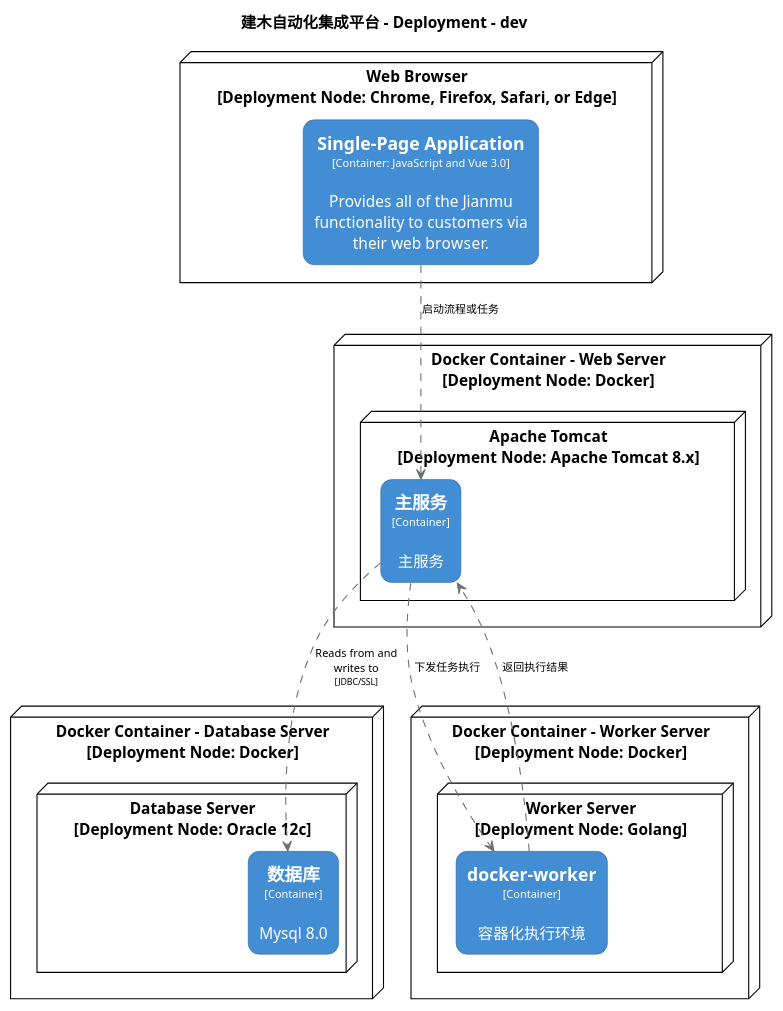
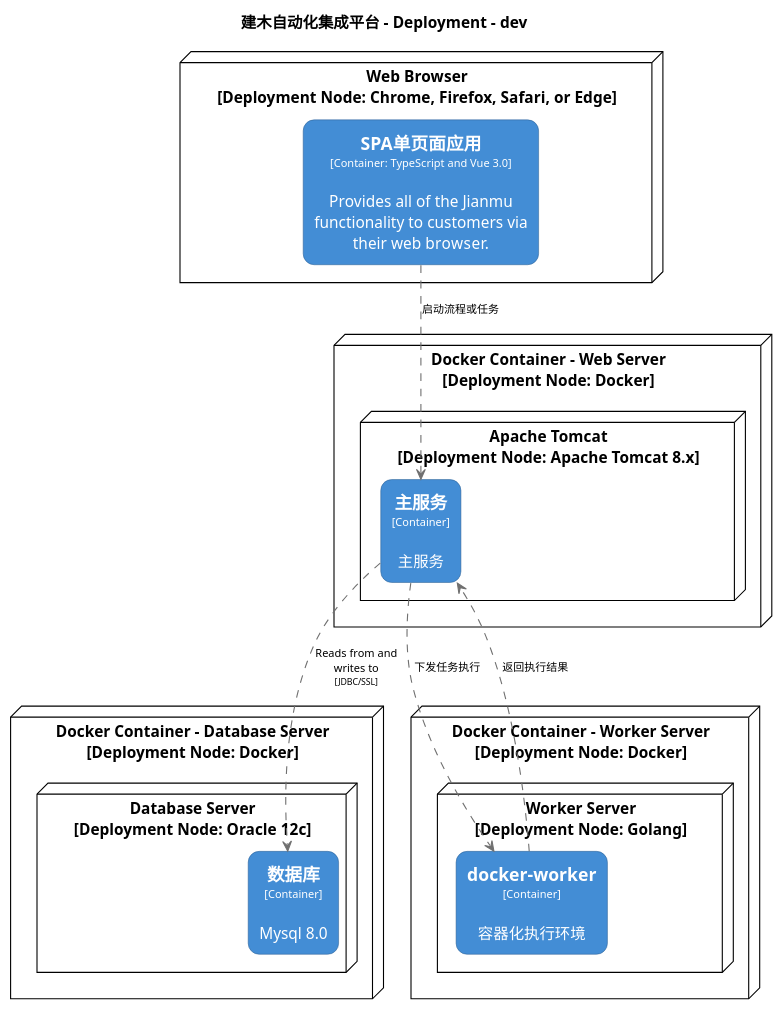
One commit to jianmu-dev/jianmu-architecture-as-code changed the diagram in c4/structurizr-DevelopmentDeployment.puml. Above: the diagram before and after it, drawn with PlantUML. The commit also changed 6 other files, not shown here.

```diff
--- a/c4/structurizr-DevelopmentDeployment.puml
+++ b/c4/structurizr-DevelopmentDeployment.puml
@@ -1,101 +1,101 @@
 @startuml(id=DevelopmentDeployment)
 title 建木自动化集成平台 - Deployment - dev
 
 skinparam {
   shadowing false
   arrowFontSize 10
   defaultTextAlignment center
   wrapWidth 200
   maxMessageSize 100
 }
 hide stereotype
 top to bottom direction
 skinparam node<<44>> {
   BackgroundColor #ffffff
   FontColor #000000
   BorderColor #000000
   roundCorner 20
 }
 skinparam rectangle<<45>> {
   BackgroundColor #438dd5
   FontColor #ffffff
   BorderColor #2E6295
   roundCorner 20
 }
 skinparam node<<47>> {
   BackgroundColor #ffffff
   FontColor #000000
   BorderColor #000000
   roundCorner 20
 }
 skinparam node<<48>> {
   BackgroundColor #ffffff
   FontColor #000000
   BorderColor #000000
   roundCorner 20
 }
 skinparam rectangle<<49>> {
   BackgroundColor #438dd5
   FontColor #ffffff
   BorderColor #2E6295
   roundCorner 20
 }
 skinparam node<<51>> {
   BackgroundColor #ffffff
   FontColor #000000
   BorderColor #000000
   roundCorner 20
 }
 skinparam node<<41>> {
   BackgroundColor #ffffff
   FontColor #000000
   BorderColor #000000
   roundCorner 20
 }
 skinparam node<<52>> {
   BackgroundColor #ffffff
   FontColor #000000
   BorderColor #000000
   roundCorner 20
 }
 skinparam rectangle<<42>> {
   BackgroundColor #438dd5
   FontColor #ffffff
   BorderColor #2E6295
   roundCorner 20
 }
 skinparam rectangle<<53>> {
   BackgroundColor #438dd5
   FontColor #ffffff
   BorderColor #2E6295
   roundCorner 20
 }
 skinparam node<<43>> {
   BackgroundColor #ffffff
   FontColor #000000
   BorderColor #000000
   roundCorner 20
 }
 node "Docker Container - Database Server\n[Deployment Node: Docker]" <<47>> as 47 {
   node "Database Server\n[Deployment Node: Oracle 12c]" <<48>> as 48 {
     rectangle "==数据库\n<size:10>[Container]</size>\n\nMysql 8.0" <<49>> as 49
   }
 }
 node "Docker Container - Web Server\n[Deployment Node: Docker]" <<43>> as 43 {
   node "Apache Tomcat\n[Deployment Node: Apache Tomcat 8.x]" <<44>> as 44 {
     rectangle "==主服务\n<size:10>[Container]</size>\n\n主服务" <<45>> as 45
   }
 }
 node "Docker Container - Worker Server\n[Deployment Node: Docker]" <<51>> as 51 {
   node "Worker Server\n[Deployment Node: Golang]" <<52>> as 52 {
     rectangle "==docker-worker\n<size:10>[Container]</size>\n\n容器化执行环境" <<53>> as 53
   }
 }
 node "Web Browser\n[Deployment Node: Chrome, Firefox, Safari, or Edge]" <<41>> as 41 {
-  rectangle "==Single-Page Application\n<size:10>[Container: JavaScript and Vue 3.0]</size>\n\nProvides all of the Jianmu functionality to customers via their web browser." <<42>> as 42
+  rectangle "==SPA单页面应用\n<size:10>[Container: TypeScript and Vue 3.0]</size>\n\nProvides all of the Jianmu functionality to customers via their web browser." <<42>> as 42
 }
 42 .[#707070].> 45 : "启动流程或任务"
 53 .[#707070].> 45 : "返回执行结果"
 45 .[#707070].> 53 : "下发任务执行"
 45 .[#707070].> 49 : "Reads from and writes to\n<size:8>[JDBC/SSL]</size>"
 @enduml
```
